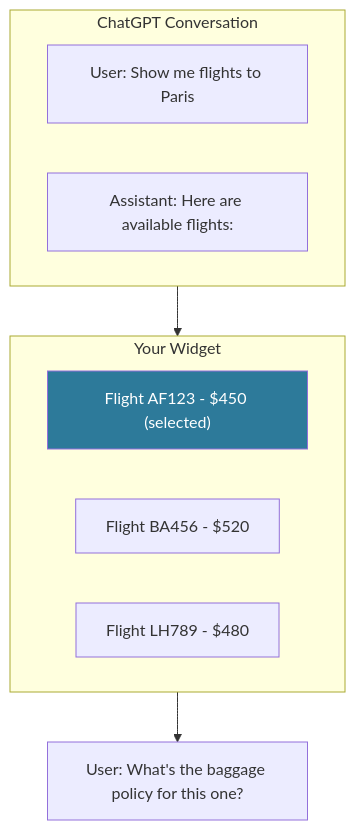
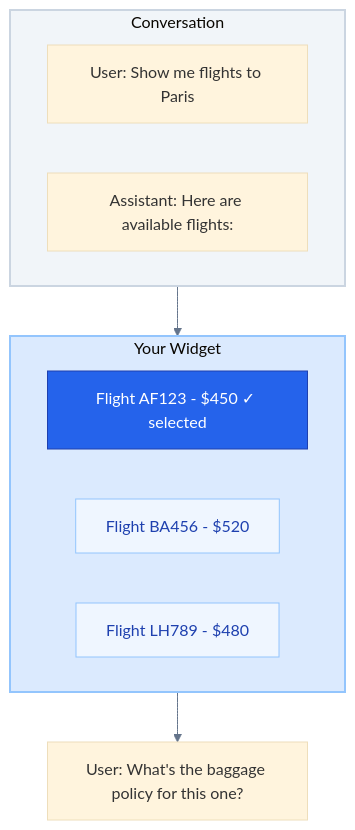
The diagram in docs/concepts/llm-context-sync.mdx (alpic-ai/skybridge), drawn with Mermaid before and after one commit. The commit also changed other lines of this file and 2 other files, not shown here.

Commit message:
updated all remainiing concept pages (data flow, fast iteration, llm context sync)

````diff
--- a/docs/concepts/llm-context-sync.mdx
+++ b/docs/concepts/llm-context-sync.mdx
@@ -15,20 +15,25 @@
 ```mermaid
+%%{init: {'theme': 'base', 'themeVariables': { 'lineColor': '#64748b' }}}%%
 flowchart TB
-    subgraph chat["ChatGPT Conversation"]
+    subgraph chat["Conversation"]
         U1["User: Show me flights to Paris"]
         A1["Assistant: Here are available flights:"]
     end
 
     subgraph widget["Your Widget"]
-        F1["Flight AF123 - $450 (selected)"]
+        F1["Flight AF123 - $450 ✓ selected"]
         F2["Flight BA456 - $520"]
         F3["Flight LH789 - $480"]
     end
 
     U2["User: What's the baggage policy for this one?"]
 
     chat --> widget
     widget --> U2
 
-    style F1 fill:#2d7a9a,color:#fff
+    style chat fill:#f1f5f9,stroke:#cbd5e1,stroke-width:2px
+    style widget fill:#dbeafe,stroke:#93c5fd,stroke-width:2px
+    style F1 fill:#2563EB,stroke:#1e40af,color:#fff
+    style F2 fill:#eff6ff,stroke:#93c5fd,color:#1e40af
+    style F3 fill:#eff6ff,stroke:#93c5fd,color:#1e40af
 ```
````
